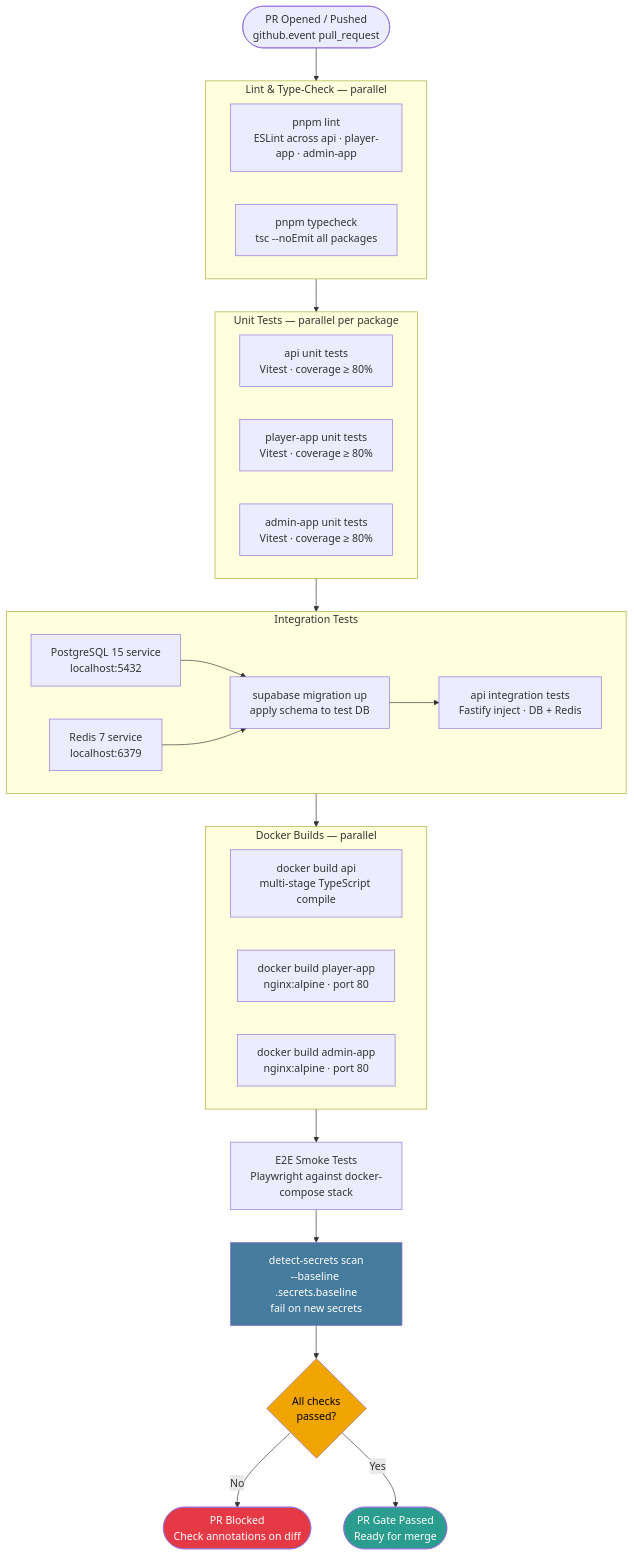
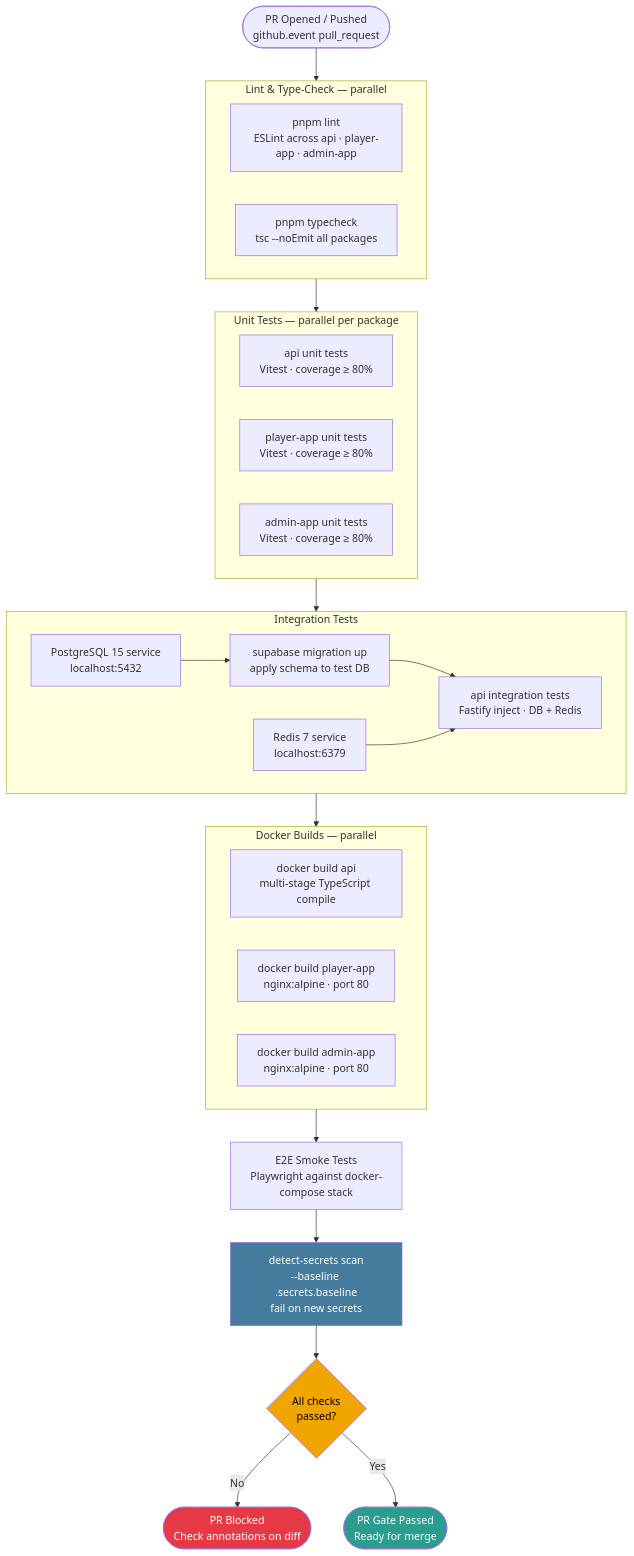
Before and after one commit to ibalasite/pet: the first of 2 diagrams in docs/diagrams/cicd-pr-gate.md, drawn with Mermaid.

Commit message:
docs(gendoc)[UML-CICD]: review-r3 — fix Redis service dependency edge (feeds INT_API not SUPABASE_MIG)

````diff
--- a/docs/diagrams/cicd-pr-gate.md
+++ b/docs/diagrams/cicd-pr-gate.md
@@ -9,54 +9,54 @@
 ```mermaid
 flowchart TD
     PUSH([PR Opened / Pushed\ngithub.event pull_request])
 
     subgraph LINT_TC [Lint & Type-Check — parallel]
         LINT[pnpm lint\nESLint across api · player-app · admin-app]
         TC[pnpm typecheck\ntsc --noEmit all packages]
     end
 
     subgraph UNIT [Unit Tests — parallel per package]
         UNIT_API[api unit tests\nVitest · coverage ≥ 80%]
         UNIT_PLAYER[player-app unit tests\nVitest · coverage ≥ 80%]
         UNIT_ADMIN[admin-app unit tests\nVitest · coverage ≥ 80%]
     end
 
     subgraph INTEGRATION [Integration Tests]
         PG_SVC[PostgreSQL 15 service\nlocalhost:5432]
         REDIS_SVC[Redis 7 service\nlocalhost:6379]
         SUPABASE_MIG[supabase migration up\napply schema to test DB]
         INT_API[api integration tests\nFastify inject · DB + Redis]
     end
 
     subgraph BUILD [Docker Builds — parallel]
         BUILD_API[docker build api\nmulti-stage TypeScript compile]
         BUILD_PLAYER[docker build player-app\nnginx:alpine · port 80]
         BUILD_ADMIN[docker build admin-app\nnginx:alpine · port 80]
     end
 
     E2E[E2E Smoke Tests\nPlaywright against docker-compose stack]
 
     SEC_SCAN[detect-secrets scan\n--baseline .secrets.baseline\nfail on new secrets]
 
     RESULT{All checks\npassed?}
     BLOCK([PR Blocked\nCheck annotations on diff])
     PASS([PR Gate Passed\nReady for merge])
 
     PUSH --> LINT_TC
     LINT_TC --> UNIT
     UNIT --> INTEGRATION
     PG_SVC --> SUPABASE_MIG
-    REDIS_SVC --> SUPABASE_MIG
     SUPABASE_MIG --> INT_API
+    REDIS_SVC --> INT_API
     INTEGRATION --> BUILD
     BUILD --> E2E
     E2E --> SEC_SCAN
     SEC_SCAN --> RESULT
     RESULT -- No --> BLOCK
     RESULT -- Yes --> PASS
 
     style BLOCK fill:#e63946,color:#fff
     style PASS fill:#2a9d8f,color:#fff
     style RESULT fill:#f0a500,color:#000
     style SEC_SCAN fill:#457b9d,color:#fff
 ```
````
